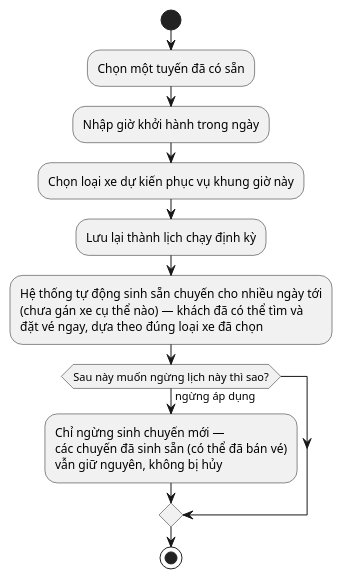
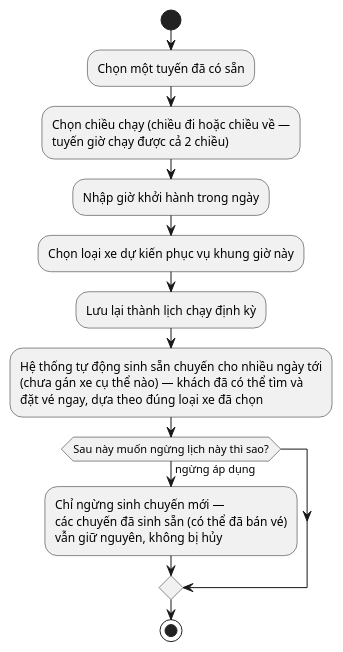
Diagram 24 of 52 in UML_DIAGRAMS.md (nguyenvietanhit19/Project1_HeThongQuanLyNhaXeKhachLienTinh), drawn with PlantUML before and after one commit. The commit also changed other lines of this file and 14 other files, not shown here.

````diff
--- a/UML_DIAGRAMS.md
+++ b/UML_DIAGRAMS.md
@@ -640,14 +640,15 @@
 ```plantuml
 @startuml AD_UC18_LichDinhKy
 start
 :Chọn một tuyến đã có sẵn;
+:Chọn chiều chạy (chiều đi hoặc chiều về —\ntuyến giờ chạy được cả 2 chiều);
 :Nhập giờ khởi hành trong ngày;
 :Chọn loại xe dự kiến phục vụ khung giờ này;
 :Lưu lại thành lịch chạy định kỳ;
 :Hệ thống tự động sinh sẵn chuyến cho nhiều ngày tới\n(chưa gán xe cụ thể nào) — khách đã có thể tìm và\nđặt vé ngay, dựa theo đúng loại xe đã chọn;
 if (Sau này muốn ngừng lịch này thì sao?) then (ngừng áp dụng)
   :Chỉ ngừng sinh chuyến mới —\ncác chuyến đã sinh sẵn (có thể đã bán vé)\nvẫn giữ nguyên, không bị hủy;
 endif
 stop
 @enduml
 ```
````
